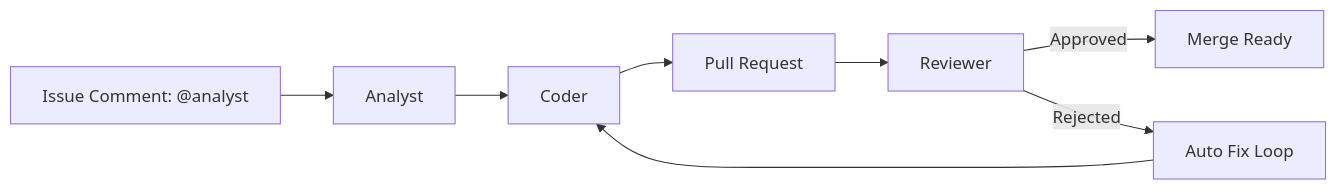
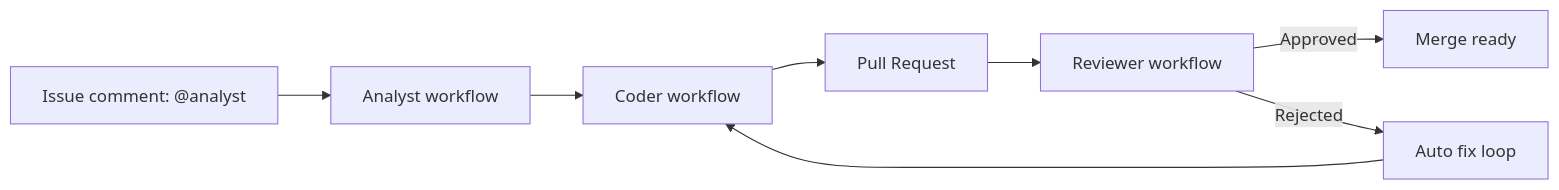
One commit to BUZASLAN128/HiveMind-Actions changed the first of 2 diagrams in README.md. Above: the diagram before and after it, drawn with Mermaid. The commit also changed other lines of this file, not shown here.

Commit message:
docs: redesign README with product-style hero and CTA flow

````diff
--- a/README.md
+++ b/README.md
@@ -40,10 +94,10 @@
 ```mermaid
 flowchart LR
-    U[Issue Comment: @analyst] --> A[Analyst]
-    A --> C[Coder]
+    U[Issue comment: @analyst] --> A[Analyst workflow]
+    A --> C[Coder workflow]
     C --> PR[Pull Request]
-    PR --> R[Reviewer]
-    R -->|Approved| M[Merge Ready]
-    R -->|Rejected| F[Auto Fix Loop]
-    F --> C
+    PR --> R[Reviewer workflow]
+    R -->|Approved| M[Merge ready]
+    R -->|Rejected| L[Auto fix loop]
+    L --> C
 ```
````
